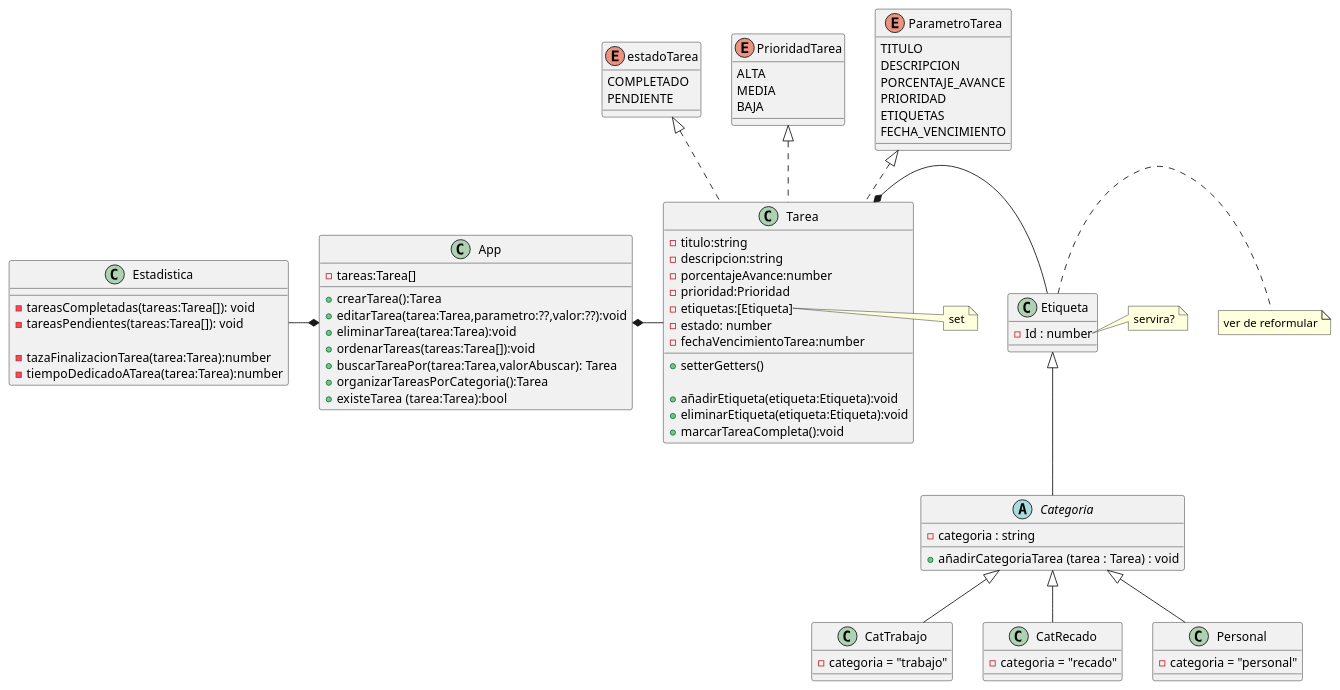
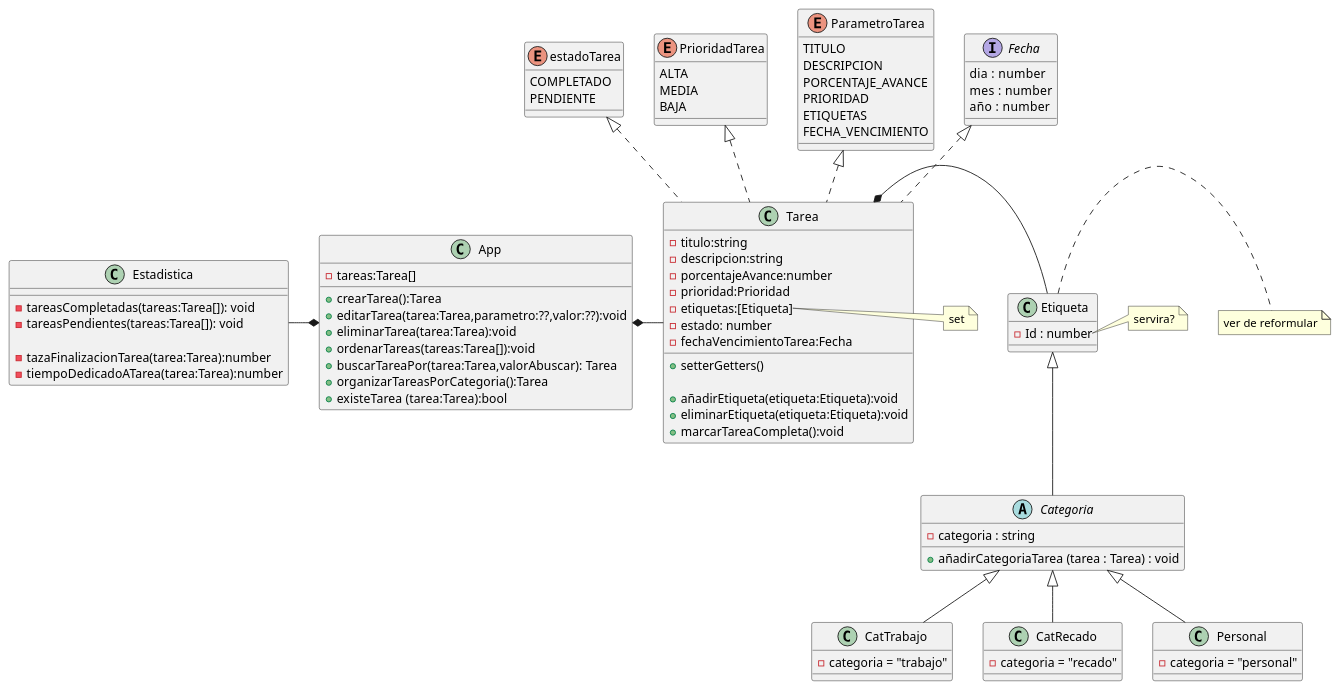
Before and after one commit to LauEroles/Task-list: the diagram in src/Diagramas/DiagramaDeClasesReview1.puml, drawn with PlantUML. The commit also changed 3 other files, not shown here.

```diff
--- a/src/Diagramas/DiagramaDeClasesReview1.puml
+++ b/src/Diagramas/DiagramaDeClasesReview1.puml
@@ -3,111 +3,116 @@
 @startuml TaskList
 
 
 class App{
 
     -tareas:Tarea[]
 
     +crearTarea():Tarea
     +editarTarea(tarea:Tarea,parametro:??,valor:??):void
     +eliminarTarea(tarea:Tarea):void
     +ordenarTareas(tareas:Tarea[]):void
     +buscarTareaPor(tarea:Tarea,valorAbuscar): Tarea
 
 
     +organizarTareasPorCategoria():Tarea
     
     +existeTarea (tarea:Tarea):bool
 }
 
 class Estadistica{
 
     -tareasCompletadas(tareas:Tarea[]): void
     -tareasPendientes(tareas:Tarea[]): void
 
     -tazaFinalizacionTarea(tarea:Tarea):number
     -tiempoDedicadoATarea(tarea:Tarea):number
 
 }
 
 enum estadoTarea{
     COMPLETADO
     PENDIENTE
 }
 
 enum PrioridadTarea{
     ALTA
     MEDIA
     BAJA
 }
 
 enum ParametroTarea{
     TITULO
     DESCRIPCION
     PORCENTAJE_AVANCE
     PRIORIDAD
     ETIQUETAS
     FECHA_VENCIMIENTO
 }
 
+interface Fecha {
+    dia :  number
+    mes :  number
+    año :  number
+}
 
-class Tarea implements PrioridadTarea,ParametroTarea,estadoTarea{
+class Tarea implements PrioridadTarea,ParametroTarea,estadoTarea,Fecha{
     
     -titulo:string
     -descripcion:string
     -porcentajeAvance:number
     -prioridad:Prioridad
     -etiquetas:[Etiqueta] 
     -estado: number
-    -fechaVencimientoTarea:number
+    -fechaVencimientoTarea:Fecha
 
     +setterGetters()
     
     +añadirEtiqueta(etiqueta:Etiqueta):void
     +eliminarEtiqueta(etiqueta:Etiqueta):void
     +marcarTareaCompleta():void
 }
 
 
 class Etiqueta { 
     -Id : number
 
 }
 
 abstract class Categoria extends Etiqueta {
     -categoria : string
     +añadirCategoriaTarea (tarea : Tarea) : void
 }
 
 Class CatTrabajo extends Categoria{
     -categoria = "trabajo"
 }
 
 Class CatRecado extends Categoria{
     -categoria = "recado"
 }
 
 Class Personal extends Categoria{
     -categoria = "personal"
 }
 
 
 'Relaciones
 App *-right- Tarea
 App *-left- Estadistica
 
 Etiqueta -left-* Tarea
 
 note right of Etiqueta
   ver de reformular
 end note
 
 note right of Etiqueta::Id
   servira?
 end note
 
 note right of Tarea::etiquetas
  set
 end note
 
 
 @enduml
```
